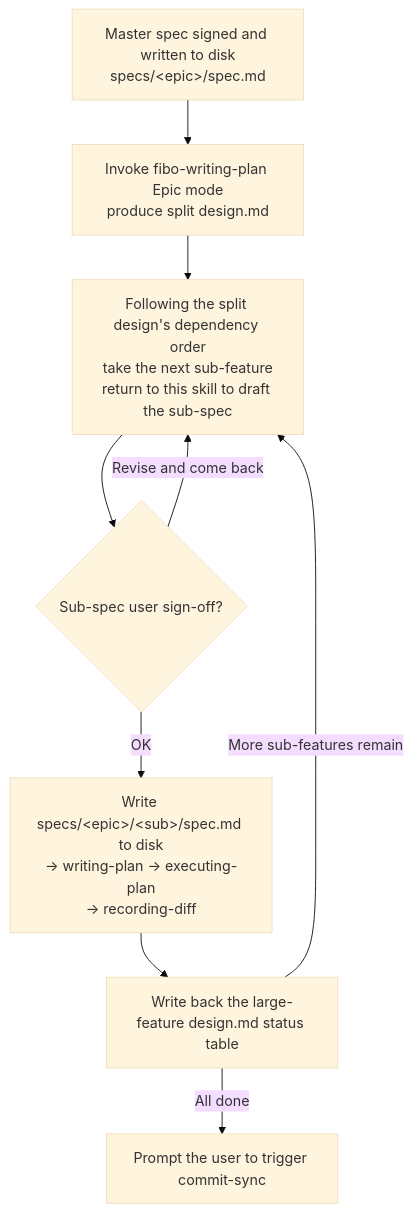
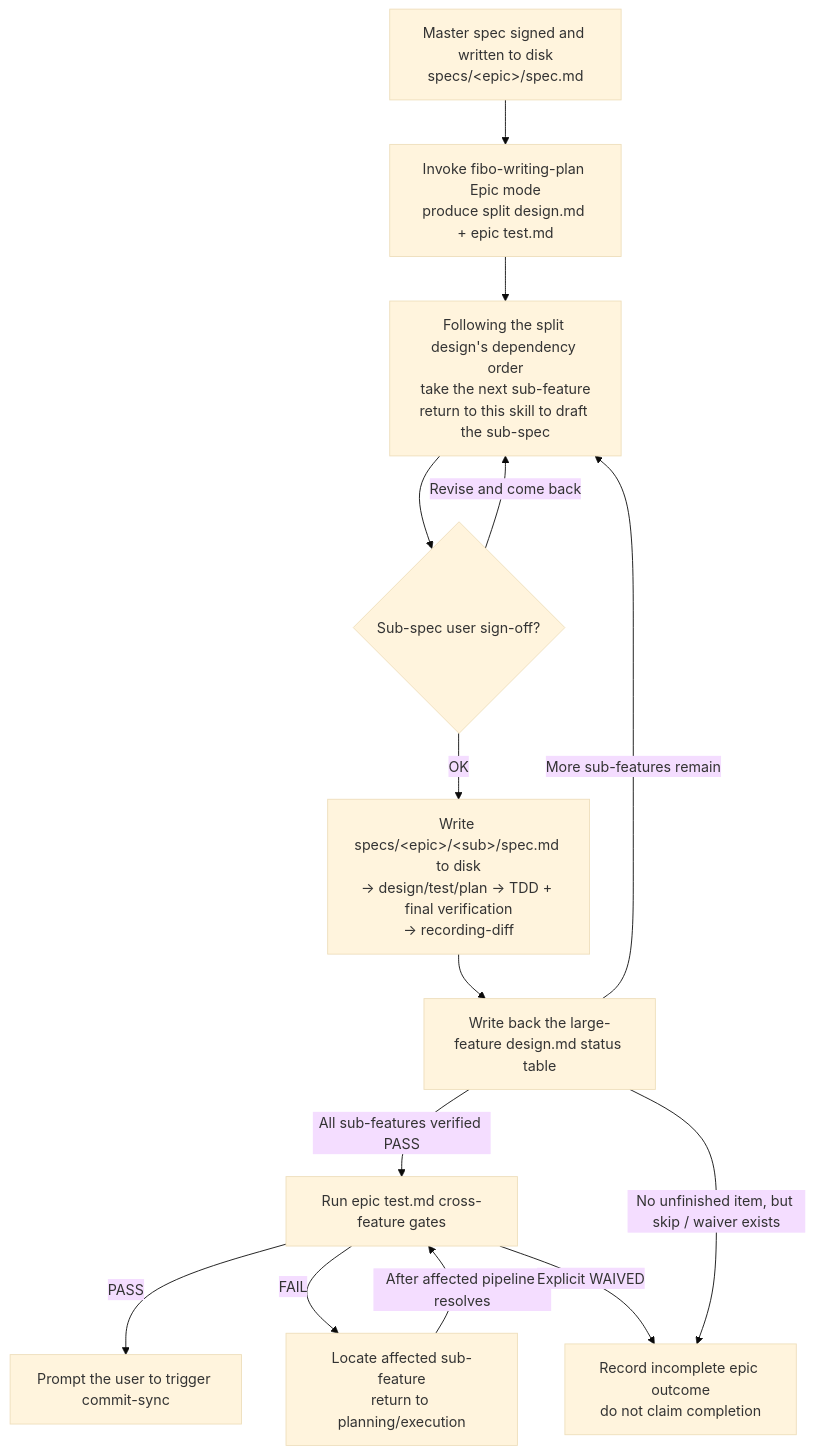
Before and after one commit to Alenkz12/FiboSkills: the third of 5 diagrams in fibo-brainstorming/SKILL.md, drawn with Mermaid (base theme). The commit also changed other lines of this file and 96 other files, not shown here.

````diff
--- a/fibo-brainstorming/SKILL.md
+++ b/fibo-brainstorming/SKILL.md
@@ -120,11 +121,16 @@
 ```mermaid
 flowchart TD
-  epic_signed_001["Master spec signed and written to disk<br/>specs/&lt;epic&gt;/spec.md"] --> epic_design_002["Invoke fibo-writing-plan Epic mode<br/>produce split design.md"]
+  epic_signed_001["Master spec signed and written to disk<br/>specs/&lt;epic&gt;/spec.md"] --> epic_design_002["Invoke fibo-writing-plan Epic mode<br/>produce split design.md + epic test.md"]
   epic_design_002 --> sub_brainstorm_003["Following the split design's dependency order<br/>take the next sub-feature<br/>return to this skill to draft the sub-spec"]
   sub_brainstorm_003 --> sub_sign_004{"Sub-spec user sign-off?"}
-  sub_sign_004 -->|OK| sub_chain_005["Write specs/&lt;epic&gt;/&lt;sub&gt;/spec.md to disk<br/>→ writing-plan → executing-plan<br/>→ recording-diff"]
+  sub_sign_004 -->|OK| sub_chain_005["Write specs/&lt;epic&gt;/&lt;sub&gt;/spec.md to disk<br/>→ design/test/plan → TDD + final verification<br/>→ recording-diff"]
   sub_chain_005 --> status_006["Write back the large-feature design.md status table"]
   status_006 -->|More sub-features remain| sub_brainstorm_003
-  status_006 -->|All done| done_007["Prompt the user to trigger commit-sync"]
+  status_006 -->|All sub-features verified PASS| epic_verify_007["Run epic test.md cross-feature gates"]
+  epic_verify_007 -->|PASS| done_008["Prompt the user to trigger commit-sync"]
+  epic_verify_007 -->|FAIL| repair_route_009["Locate affected sub-feature<br/>return to planning/execution"]
+  repair_route_009 -->|After affected pipeline resolves| epic_verify_007
+  epic_verify_007 -->|Explicit WAIVED| waived_epic_010["Record incomplete epic outcome<br/>do not claim completion"]
+  status_006 -->|No unfinished item, but skip / waiver exists| waived_epic_010
   sub_sign_004 -->|Revise and come back| sub_brainstorm_003
 ```
````
